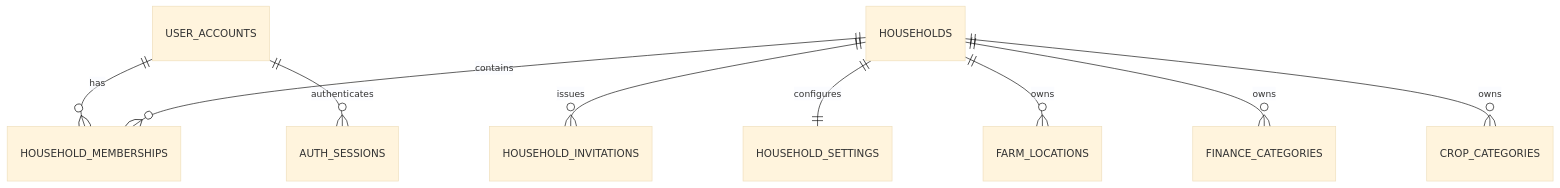
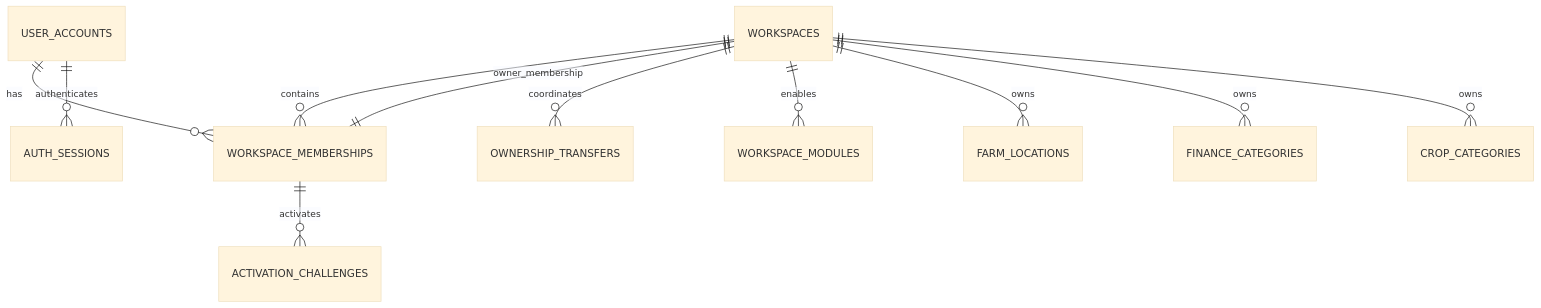
The first of 3 diagrams in docs/08_Database_Design.md (saiteinthine1020-source/F2S), drawn with Mermaid (base theme) before and after one commit. The commit also changed other lines of this file and 36 other files, not shown here.

````diff
--- a/docs/08_Database_Design.md
+++ b/docs/08_Database_Design.md
@@ -53,11 +53,13 @@
 ```mermaid
 erDiagram
-    USER_ACCOUNTS ||--o{ HOUSEHOLD_MEMBERSHIPS : has
-    HOUSEHOLDS ||--o{ HOUSEHOLD_MEMBERSHIPS : contains
-    HOUSEHOLDS ||--o{ HOUSEHOLD_INVITATIONS : issues
-    HOUSEHOLDS ||--|| HOUSEHOLD_SETTINGS : configures
-    HOUSEHOLDS ||--o{ FARM_LOCATIONS : owns
-    HOUSEHOLDS ||--o{ FINANCE_CATEGORIES : owns
-    HOUSEHOLDS ||--o{ CROP_CATEGORIES : owns
+    USER_ACCOUNTS ||--o{ WORKSPACE_MEMBERSHIPS : has
+    WORKSPACES ||--o{ WORKSPACE_MEMBERSHIPS : contains
+    WORKSPACES ||--|| WORKSPACE_MEMBERSHIPS : owner_membership
+    WORKSPACE_MEMBERSHIPS ||--o{ ACTIVATION_CHALLENGES : activates
+    WORKSPACES ||--o{ OWNERSHIP_TRANSFERS : coordinates
+    WORKSPACES ||--o{ WORKSPACE_MODULES : enables
+    WORKSPACES ||--o{ FARM_LOCATIONS : owns
+    WORKSPACES ||--o{ FINANCE_CATEGORIES : owns
+    WORKSPACES ||--o{ CROP_CATEGORIES : owns
     USER_ACCOUNTS ||--o{ AUTH_SESSIONS : authenticates
 ```
````
